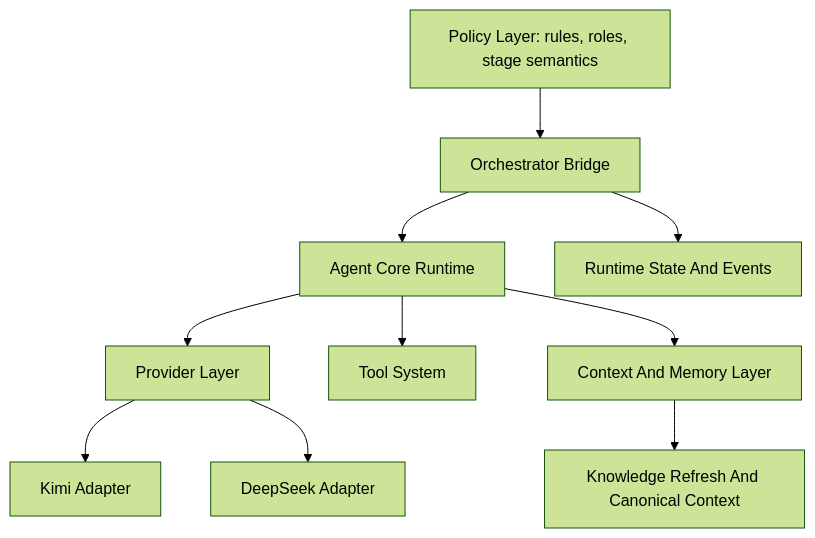
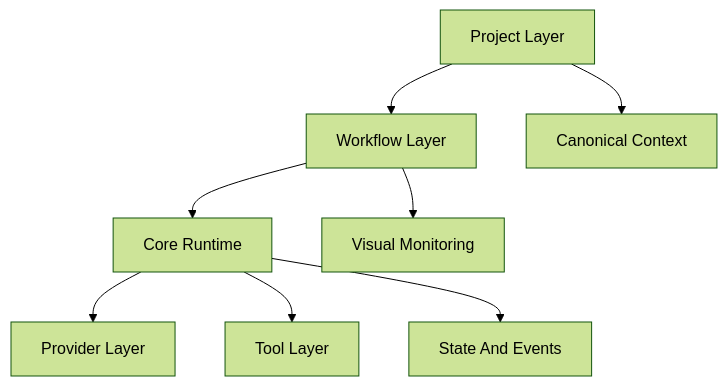
One commit to artsmi/ailit-agent changed the first of 2 diagrams in plan/agent-core-architecture.md. Above: the diagram before and after it, drawn with Mermaid (forest theme). The commit also changed other lines of this file and 4 other files, not shown here.

````diff
--- a/plan/agent-core-architecture.md
+++ b/plan/agent-core-architecture.md
@@ -60,12 +40,10 @@
 ```mermaid
 flowchart TD
-    PolicyLayer["Policy Layer: rules, roles, stage semantics"] --> OrchestratorBridge["Orchestrator Bridge"]
-    OrchestratorBridge --> AgentCore["Agent Core Runtime"]
-    AgentCore --> ProviderLayer["Provider Layer"]
-    AgentCore --> ToolLayer["Tool System"]
-    AgentCore --> ContextLayer["Context And Memory Layer"]
-    OrchestratorBridge --> RuntimeState["Runtime State And Events"]
-    ContextLayer --> KnowledgeLayer["Knowledge Refresh And Canonical Context"]
-    ProviderLayer --> KimiProvider["Kimi Adapter"]
-    ProviderLayer --> DeepSeekProvider["DeepSeek Adapter"]
+    ProjectLayer["Project Layer"] --> WorkflowLayer["Workflow Layer"]
+    WorkflowLayer --> CoreRuntime["Core Runtime"]
+    CoreRuntime --> ProviderLayer["Provider Layer"]
+    CoreRuntime --> ToolLayer["Tool Layer"]
+    CoreRuntime --> StateLayer["State And Events"]
+    ProjectLayer --> ContextLayer["Canonical Context"]
+    WorkflowLayer --> VisualLayer["Visual Monitoring"]
 ```
````
